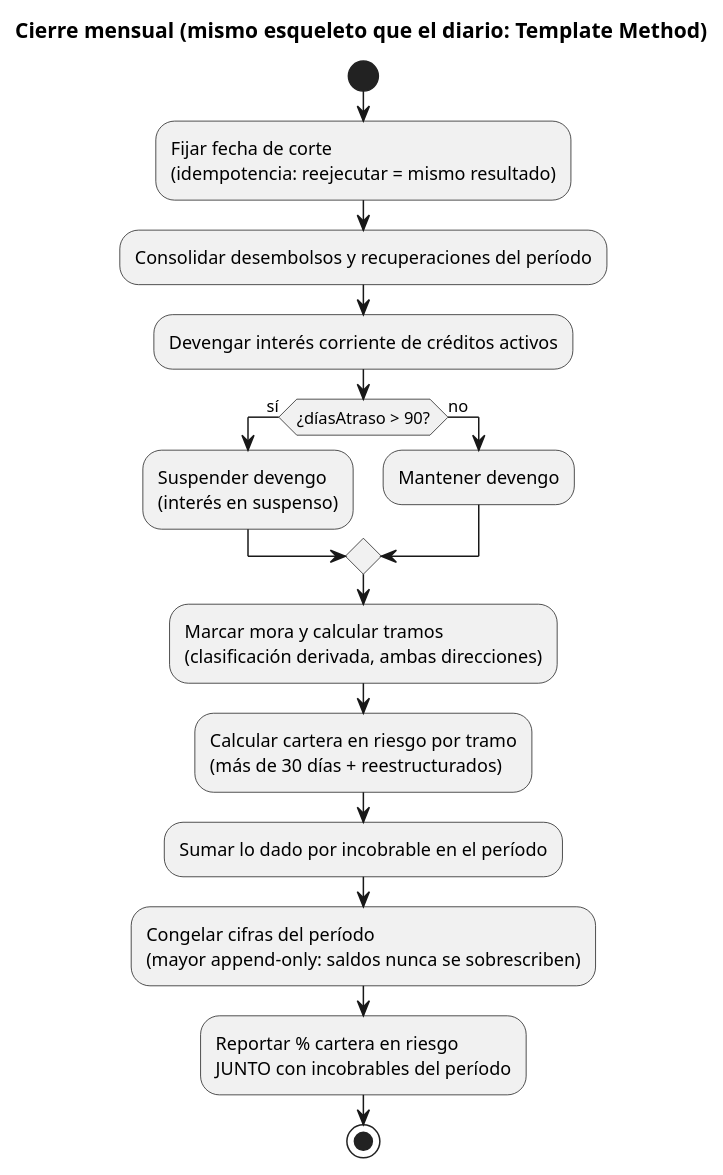
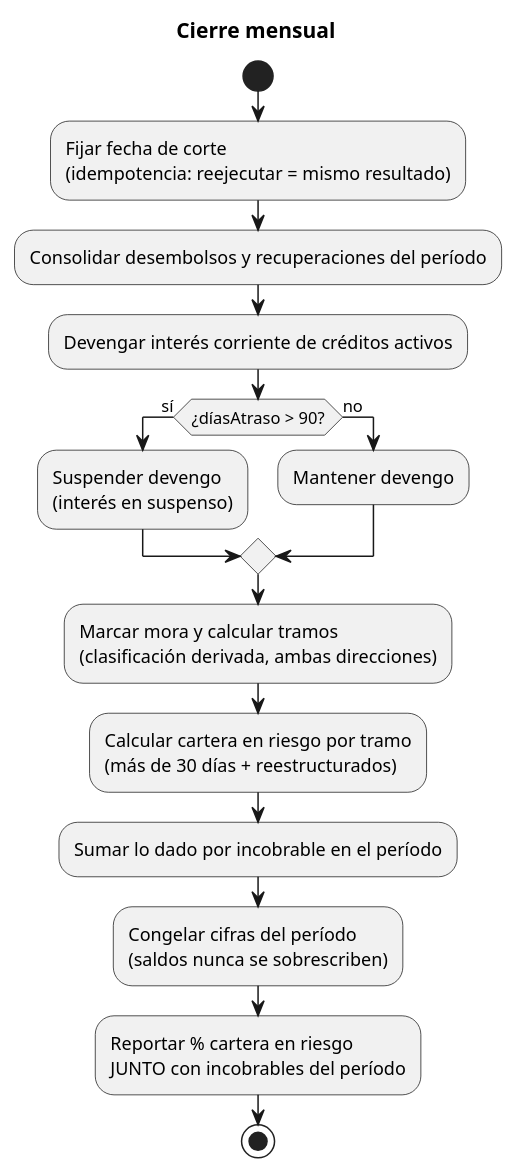
One commit to CinthiaR13986/Proyecto-Microcredito changed the diagram in diagramas/actividades.puml. Above: the diagram before and after it, drawn with PlantUML. The commit also changed 1 other file, not shown here.

```diff
--- a/diagramas/actividades.puml
+++ b/diagramas/actividades.puml
@@ -1,21 +1,21 @@
 @startuml actividad-cierre-mensual
-title Cierre mensual (mismo esqueleto que el diario: Template Method)
+title Cierre mensual
 
 start
 :Fijar fecha de corte\n(idempotencia: reejecutar = mismo resultado);
 :Consolidar desembolsos y recuperaciones del período;
 :Devengar interés corriente de créditos activos;
 
 if (¿díasAtraso > 90?) then (sí)
   :Suspender devengo\n(interés en suspenso);
 else (no)
   :Mantener devengo;
 endif
 
 :Marcar mora y calcular tramos\n(clasificación derivada, ambas direcciones);
 :Calcular cartera en riesgo por tramo\n(más de 30 días + reestructurados);
 :Sumar lo dado por incobrable en el período;
-:Congelar cifras del período\n(mayor append-only: saldos nunca se sobrescriben);
+:Congelar cifras del período\n(saldos nunca se sobrescriben);
 :Reportar % cartera en riesgo\nJUNTO con incobrables del período;
 stop
 @enduml
```
